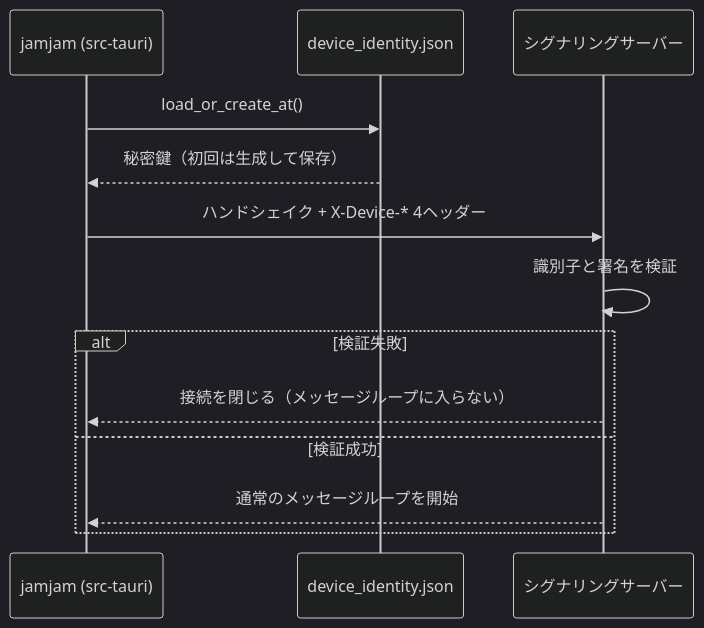
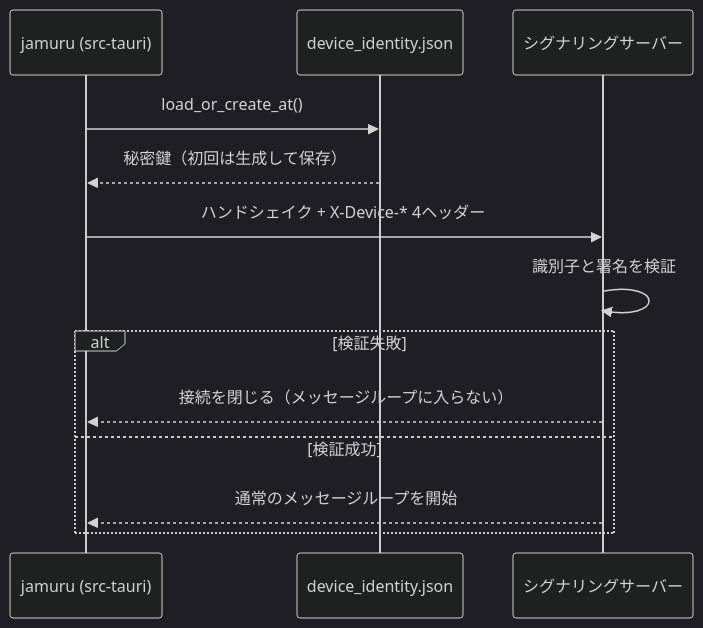
The diagram in docs-spec/api/device-identity.md (koedame/jamjam-client), drawn with Mermaid (dark theme) before and after one commit. The commit also changed other lines of this file and 238 other files, not shown here.

First line of the commit message:
Rename the app from jamjam to jamuru

````diff
--- a/docs-spec/api/device-identity.md
+++ b/docs-spec/api/device-identity.md
@@ -16,16 +16,16 @@
 ```mermaid
 sequenceDiagram
-    participant App as jamjam (src-tauri)
+    participant App as jamuru (src-tauri)
     participant Disk as device_identity.json
     participant Sig as シグナリングサーバー
 
     App->>Disk: load_or_create_at()
     Disk-->>App: 秘密鍵（初回は生成して保存）
     App->>Sig: ハンドシェイク + X-Device-* 4ヘッダー
     Sig->>Sig: 識別子と署名を検証
     alt 検証失敗
         Sig-->>App: 接続を閉じる（メッセージループに入らない）
     else 検証成功
         Sig-->>App: 通常のメッセージループを開始
     end
 ```
````
